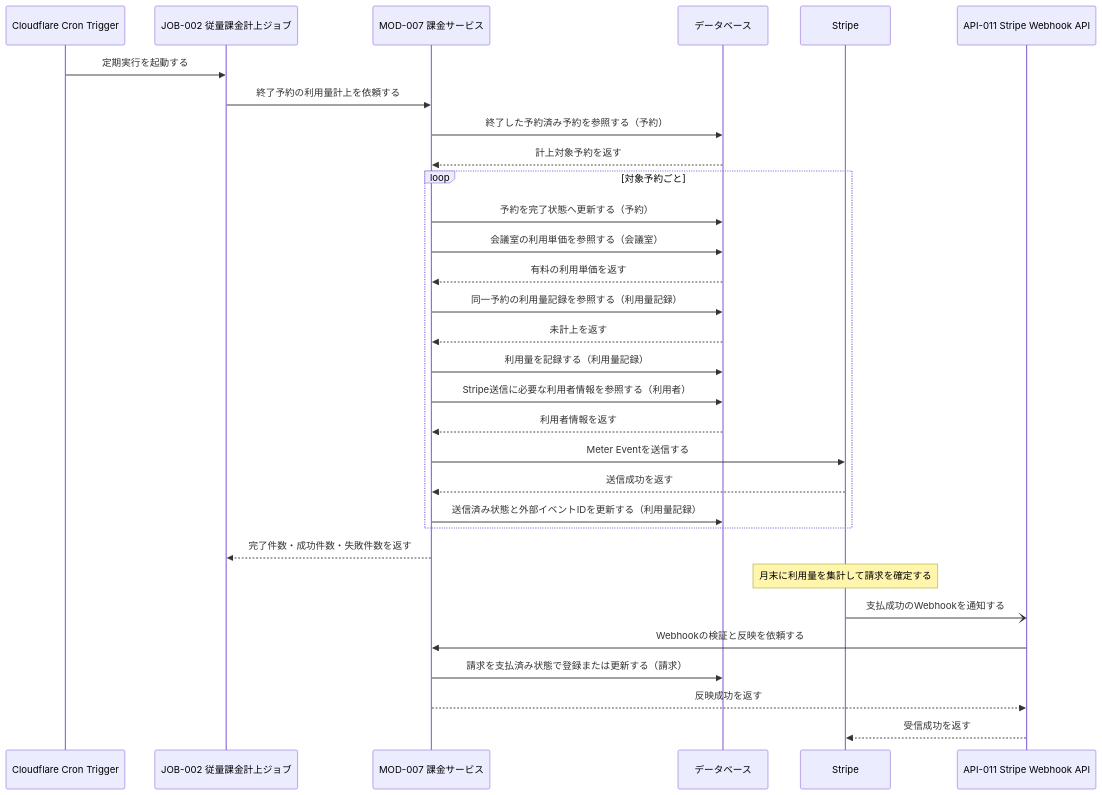
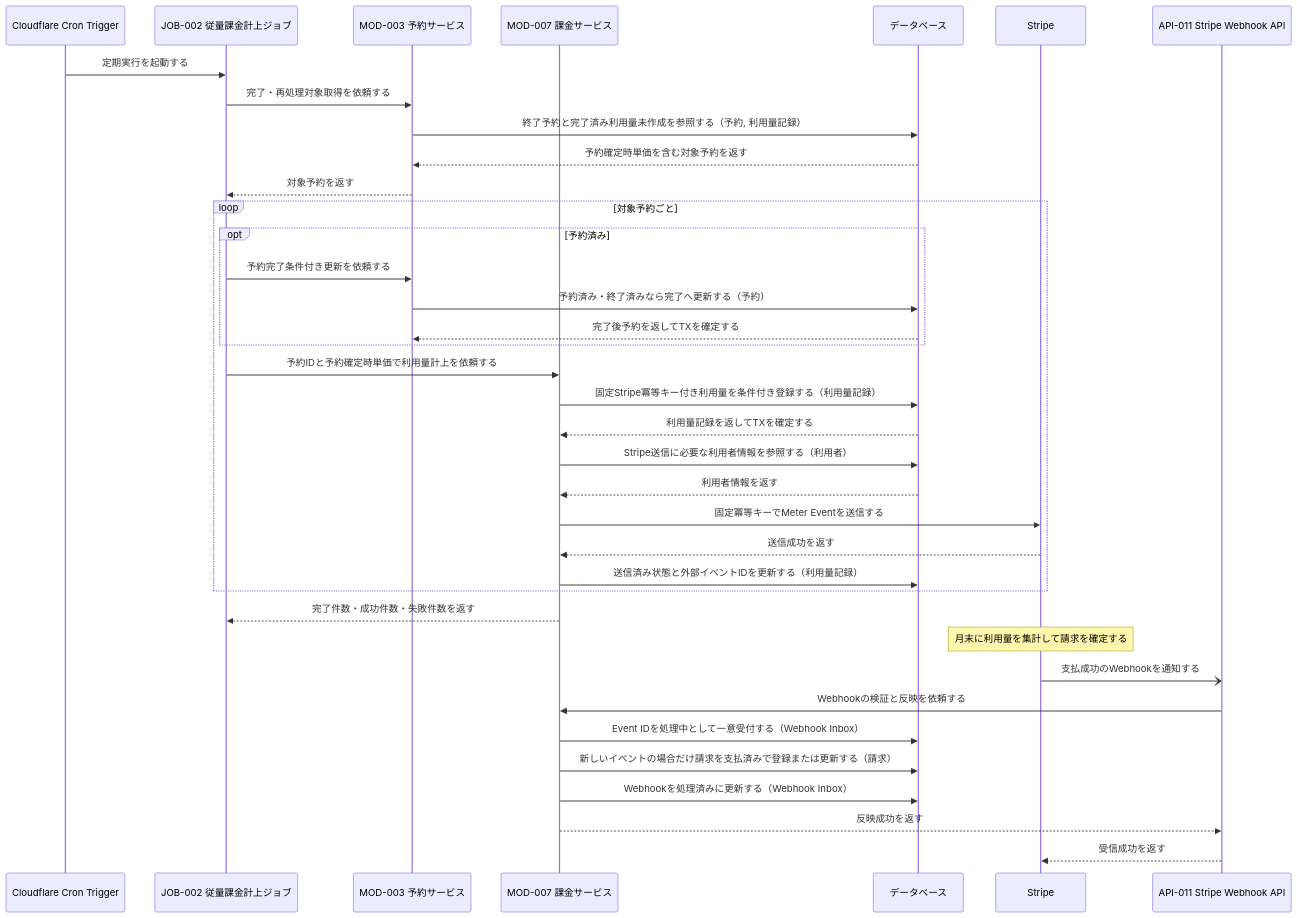
Before and after one commit to sikakou54/system-document-template: the first of 3 diagrams in docs/03_機能設計/02_シーケンス設計/SEQ-003_利用量の従量課金計上シーケンス.md, drawn with Mermaid. The commit also changed other lines of this file and 55 other files, not shown here.

````diff
--- a/docs/03_機能設計/02_シーケンス設計/SEQ-003_利用量の従量課金計上シーケンス.md
+++ b/docs/03_機能設計/02_シーケンス設計/SEQ-003_利用量の従量課金計上シーケンス.md
@@ -45,34 +46,40 @@
 ```mermaid
 sequenceDiagram
     participant CRON as Cloudflare Cron Trigger
     participant JOB as JOB-002 従量課金計上ジョブ
-    participant MOD as MOD-007 課金サービス
+    participant RES as MOD-003 予約サービス
+    participant BILL as MOD-007 課金サービス
     participant DB as データベース
     participant STR as Stripe
     participant API as API-011 Stripe Webhook API
 
     CRON->>JOB: 定期実行を起動する
-    JOB->>MOD: 終了予約の利用量計上を依頼する
-    MOD->>DB: 終了した予約済み予約を参照する（予約）
-    DB-->>MOD: 計上対象予約を返す
+    JOB->>RES: 完了・再処理対象取得を依頼する
+    RES->>DB: 終了予約と完了済み利用量未作成を参照する（予約, 利用量記録）
+    DB-->>RES: 予約確定時単価を含む対象予約を返す
+    RES-->>JOB: 対象予約を返す
     loop 対象予約ごと
-        MOD->>DB: 予約を完了状態へ更新する（予約）
-        MOD->>DB: 会議室の利用単価を参照する（会議室）
-        DB-->>MOD: 有料の利用単価を返す
-        MOD->>DB: 同一予約の利用量記録を参照する（利用量記録）
-        DB-->>MOD: 未計上を返す
-        MOD->>DB: 利用量を記録する（利用量記録）
-        MOD->>DB: Stripe送信に必要な利用者情報を参照する（利用者）
-        DB-->>MOD: 利用者情報を返す
-        MOD->>STR: Meter Eventを送信する
-        STR-->>MOD: 送信成功を返す
-        MOD->>DB: 送信済み状態と外部イベントIDを更新する（利用量記録）
+        opt 予約済み
+            JOB->>RES: 予約完了条件付き更新を依頼する
+            RES->>DB: 予約済み・終了済みなら完了へ更新する（予約）
+            DB-->>RES: 完了後予約を返してTXを確定する
+        end
+        JOB->>BILL: 予約IDと予約確定時単価で利用量計上を依頼する
+        BILL->>DB: 固定Stripe冪等キー付き利用量を条件付き登録する（利用量記録）
+        DB-->>BILL: 利用量記録を返してTXを確定する
+        BILL->>DB: Stripe送信に必要な利用者情報を参照する（利用者）
+        DB-->>BILL: 利用者情報を返す
+        BILL->>STR: 固定冪等キーでMeter Eventを送信する
+        STR-->>BILL: 送信成功を返す
+        BILL->>DB: 送信済み状態と外部イベントIDを更新する（利用量記録）
     end
-    MOD-->>JOB: 完了件数・成功件数・失敗件数を返す
+    BILL-->>JOB: 完了件数・成功件数・失敗件数を返す
     Note over STR: 月末に利用量を集計して請求を確定する
     STR-)API: 支払成功のWebhookを通知する
-    API->>MOD: Webhookの検証と反映を依頼する
-    MOD->>DB: 請求を支払済み状態で登録または更新する（請求）
-    MOD-->>API: 反映成功を返す
+    API->>BILL: Webhookの検証と反映を依頼する
+    BILL->>DB: Event IDを処理中として一意受付する（Webhook Inbox）
+    BILL->>DB: 新しいイベントの場合だけ請求を支払済みで登録または更新する（請求）
+    BILL->>DB: Webhookを処理済みに更新する（Webhook Inbox）
+    BILL-->>API: 反映成功を返す
     API-->>STR: 受信成功を返す
 ```
````
